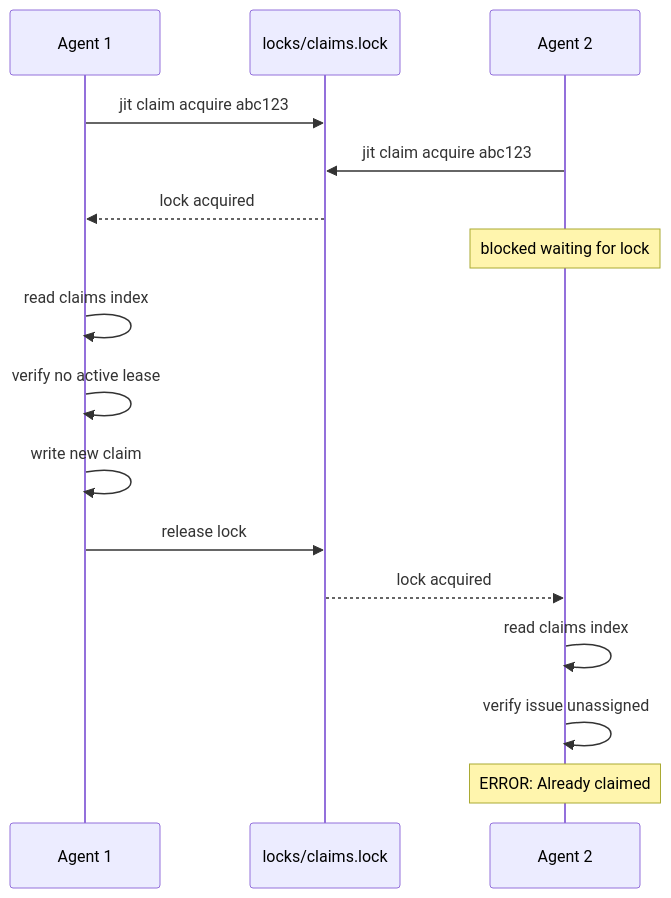
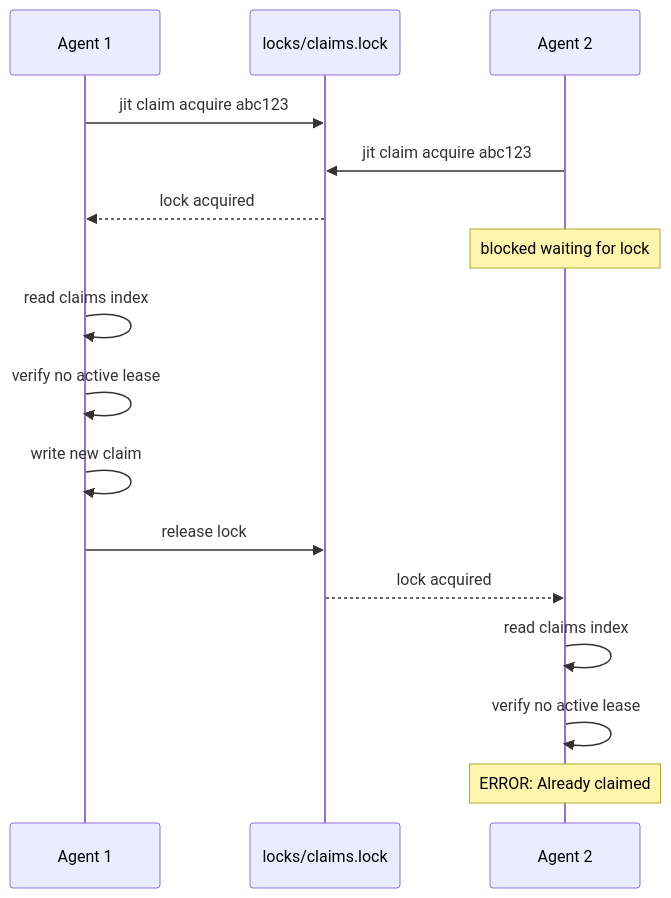
Before and after one commit to erankavija/just-in-time: the diagram in docs/concepts/guarantees.md, drawn with Mermaid. The commit also changed 9 other files, not shown here.

First line of the commit message:
docs(jit:2d109173): complete lease-diagram fix (second agent step)

````diff
--- a/docs/concepts/guarantees.md
+++ b/docs/concepts/guarantees.md
@@ -91,18 +91,18 @@
 ```mermaid
 sequenceDiagram
     participant A1 as Agent 1
     participant L as locks/claims.lock
     participant A2 as Agent 2
     A1->>L: jit claim acquire abc123
     A2->>L: jit claim acquire abc123
     L-->>A1: lock acquired
     Note over A2: blocked waiting for lock
     A1->>A1: read claims index
     A1->>A1: verify no active lease
     A1->>A1: write new claim
     A1->>L: release lock
     L-->>A2: lock acquired
     A2->>A2: read claims index
-    A2->>A2: verify issue unassigned
+    A2->>A2: verify no active lease
     Note over A2: ERROR: Already claimed
 ```
````
